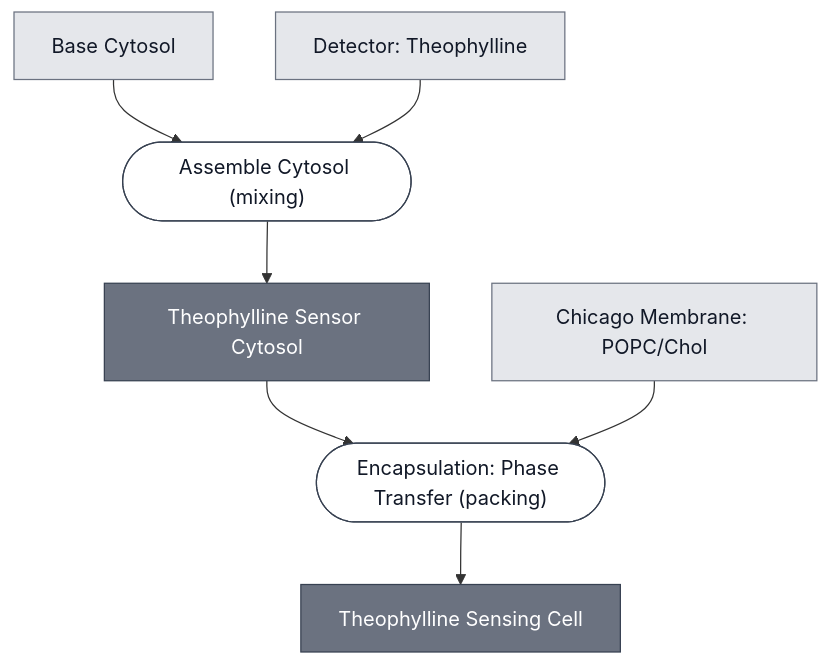
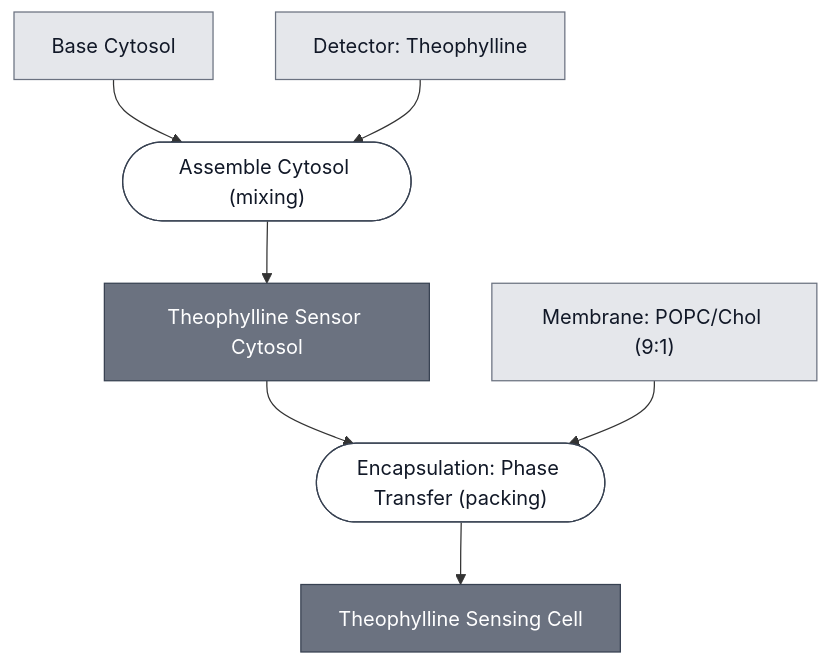
The diagram in docs/modules/theophylline-sensing-cell/spec.md (nucleus-eng/nucleus-docs), drawn with Mermaid before and after one commit. The commit also changed other lines of this file and 49 other files, not shown here.

````diff
--- a/docs/modules/theophylline-sensing-cell/spec.md
+++ b/docs/modules/theophylline-sensing-cell/spec.md
@@ -29,35 +29,35 @@
 ```mermaid
 flowchart TD
     BASE_CYTOSOL["Base Cytosol"]
     DETECTOR_THEOPHYLLINE["Detector: Theophylline"]
-    MEMBRANE_CHICAGO["Chicago Membrane: POPC/Chol"]
+    MEMBRANE_CHICAGO["Membrane: POPC/Chol (9:1)"]
 
     P1_ASSEMBLE_CYTOSOL_0(["Assemble Cytosol (mixing)"])
     THEOPHYLLINE_SENSOR_CYTOSOL["Theophylline Sensor Cytosol"]
     P2_ENCAPSULATE_0(["Encapsulation: Phase Transfer (packing)"])
     THEOPHYLLINE_SENSING_CELL["Theophylline Sensing Cell"]
 
     BASE_CYTOSOL --> P1_ASSEMBLE_CYTOSOL_0
     DETECTOR_THEOPHYLLINE --> P1_ASSEMBLE_CYTOSOL_0
     P1_ASSEMBLE_CYTOSOL_0 --> THEOPHYLLINE_SENSOR_CYTOSOL
 
     THEOPHYLLINE_SENSOR_CYTOSOL --> P2_ENCAPSULATE_0
     MEMBRANE_CHICAGO --> P2_ENCAPSULATE_0
     P2_ENCAPSULATE_0 --> THEOPHYLLINE_SENSING_CELL
 
 
     classDef leaf     fill:#e5e7eb,stroke:#6b7280,color:#111827;
     classDef composed fill:#6b7280,stroke:#374151,color:#ffffff;
     classDef process  fill:#ffffff,stroke:#374151,color:#111827;
     class BASE_CYTOSOL,DETECTOR_THEOPHYLLINE,MEMBRANE_CHICAGO leaf;
     class THEOPHYLLINE_SENSOR_CYTOSOL,THEOPHYLLINE_SENSING_CELL composed;
     class P1_ASSEMBLE_CYTOSOL_0,P2_ENCAPSULATE_0 process;
 
     click BASE_CYTOSOL "/docs/modules/base-cytosol/spec"
     click DETECTOR_THEOPHYLLINE "/docs/modules/detector-theophylline/spec"
     click MEMBRANE_CHICAGO "/docs/modules/membrane-popc-chol-chicago/spec"
     click P1_ASSEMBLE_CYTOSOL_0 "/docs/processes/assemble-cytosol/assemble-cytosol-main"
     click THEOPHYLLINE_SENSOR_CYTOSOL "/docs/modules/theophylline-sensor-cytosol/spec"
     click P2_ENCAPSULATE_0 "/docs/processes/assemble-base-cell/main"
     click THEOPHYLLINE_SENSING_CELL "/docs/modules/theophylline-sensing-cell/spec"
 ```
````
